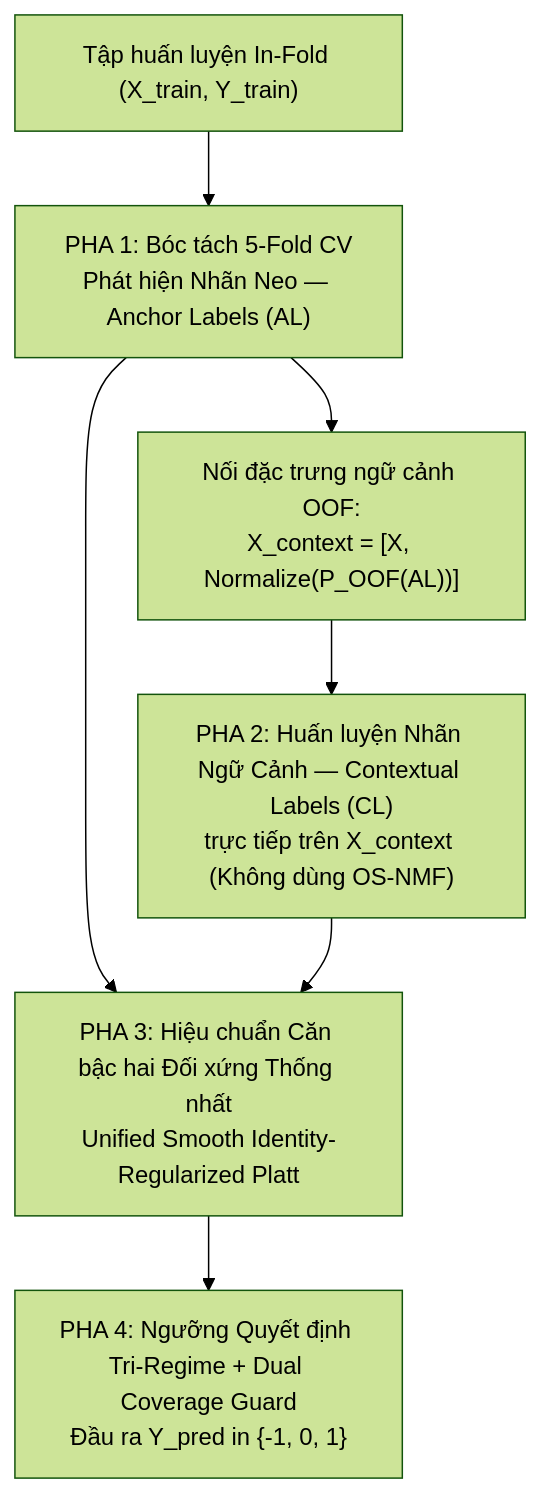
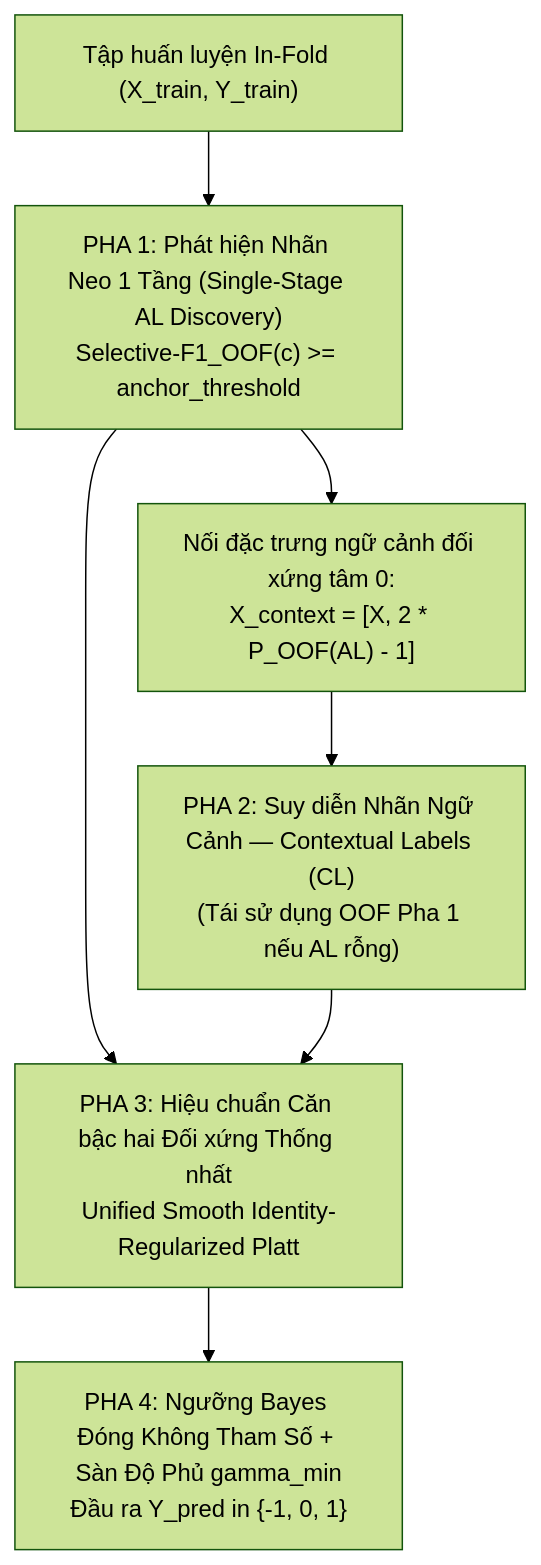
Before and after one commit to Eternity-KT/gsi-mlc-pa: the diagram in spec/spec_v6_3_3.md, drawn with Mermaid (forest theme). The commit also changed other lines of this file and 12 other files, not shown here.

First line of the commit message:
refactor(gsi): simplify architecture to 3 core hyperparameters (cost, anchor_threshold, gamma_min)

````diff
--- a/spec/spec_v6_3_3.md
+++ b/spec/spec_v6_3_3.md
@@ -11,8 +11,8 @@
 ```mermaid
 flowchart TD
-    A["Tập huấn luyện In-Fold (X_train, Y_train)"] --> B["PHA 1: Bóc tách 5-Fold CV<br/>Phát hiện Nhãn Neo — Anchor Labels (AL)"]
-    B --> C["Nối đặc trưng ngữ cảnh OOF:<br/>X_context = [X, Normalize(P_OOF(AL))]"]
-    C --> D["PHA 2: Huấn luyện Nhãn Ngữ Cảnh — Contextual Labels (CL)<br/>trực tiếp trên X_context (Không dùng OS-NMF)"]
+    A["Tập huấn luyện In-Fold (X_train, Y_train)"] --> B["PHA 1: Phát hiện Nhãn Neo 1 Tầng (Single-Stage AL Discovery)<br/>Selective-F1_OOF(c) >= anchor_threshold"]
+    B --> C["Nối đặc trưng ngữ cảnh đối xứng tâm 0:<br/>X_context = [X, 2 * P_OOF(AL) - 1]"]
+    C --> D["PHA 2: Suy diễn Nhãn Ngữ Cảnh — Contextual Labels (CL)<br/>(Tái sử dụng OOF Pha 1 nếu AL rỗng)"]
     B & D --> E["PHA 3: Hiệu chuẩn Căn bậc hai Đối xứng Thống nhất<br/>Unified Smooth Identity-Regularized Platt"]
-    E --> F["PHA 4: Ngưỡng Quyết định Tri-Regime + Dual Coverage Guard<br/>Đầu ra Y_pred in {-1, 0, 1}"]
+    E --> F["PHA 4: Ngưỡng Bayes Đóng Không Tham Số + Sàn Độ Phủ gamma_min<br/>Đầu ra Y_pred in {-1, 0, 1}"]
 ```
````
